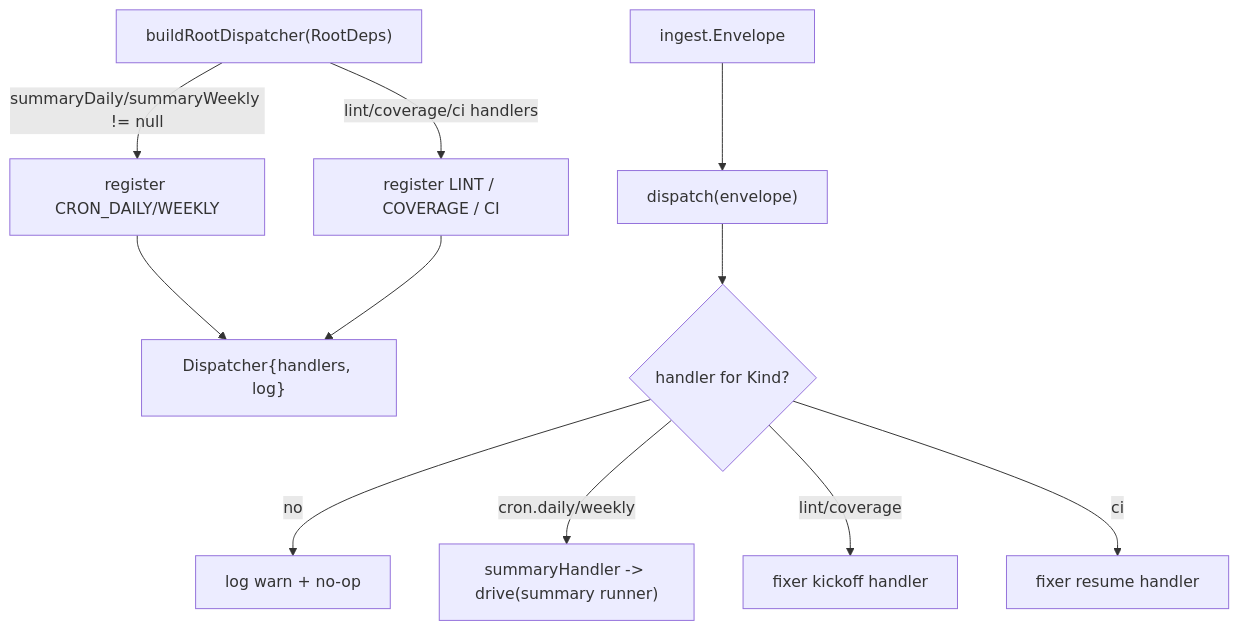
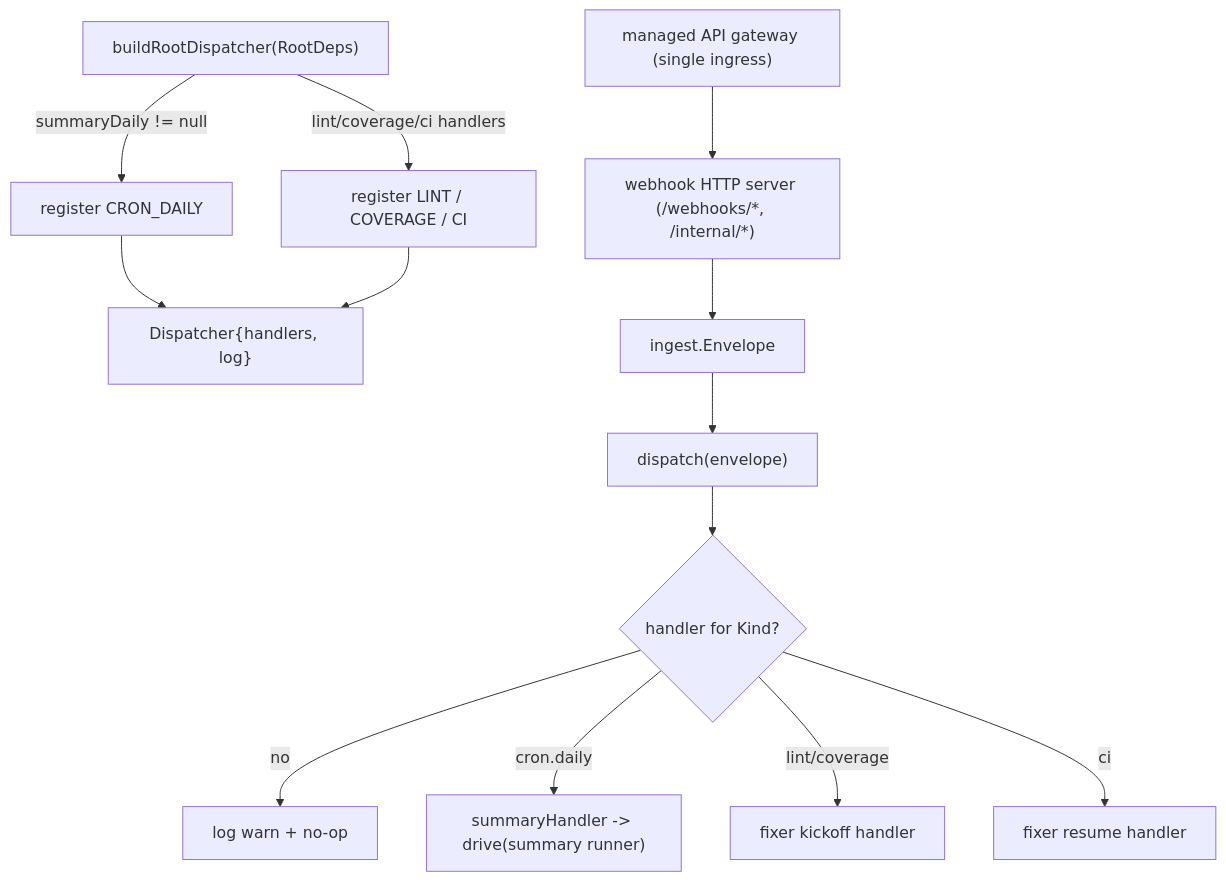
One commit to jkjamies/automation-agent changed the diagram in kotlin/src/main/kotlin/io/github/jkjamies/automationagent/agent/root/AGENTS.md. Above: the diagram before and after it, drawn with Mermaid. The commit also changed other lines of this file and 98 other files, not shown here.

First line of the commit message:
Drop in-process cron + weekly digest; Cloud Scheduler is the sole trigger (#7)

````diff
--- a/kotlin/src/main/kotlin/io/github/jkjamies/automationagent/agent/root/AGENTS.md
+++ b/kotlin/src/main/kotlin/io/github/jkjamies/automationagent/agent/root/AGENTS.md
@@ -7,13 +7,15 @@
 ```mermaid
 flowchart TD
-    Build["buildRootDispatcher(RootDeps)"] -->|"summaryDaily/summaryWeekly != null"| RegC["register CRON_DAILY/WEEKLY"]
+    Build["buildRootDispatcher(RootDeps)"] -->|"summaryDaily != null"| RegC["register CRON_DAILY"]
     Build -->|"lint/coverage/ci handlers"| RegL["register LINT / COVERAGE / CI"]
     RegC --> D["Dispatcher{handlers, log}"]
     RegL --> D
-    Env["ingest.Envelope"] --> Disp["dispatch(envelope)"]
+    GW["managed API gateway (single ingress)"] --> Ing["webhook HTTP server (/webhooks/*, /internal/*)"]
+    Ing --> Env["ingest.Envelope"]
+    Env --> Disp["dispatch(envelope)"]
     Disp --> M{"handler for Kind?"}
     M -->|no| Warn["log warn + no-op"]
-    M -->|"cron.daily/weekly"| Sum["summaryHandler -> drive(summary runner)"]
+    M -->|"cron.daily"| Sum["summaryHandler -> drive(summary runner)"]
     M -->|lint/coverage| LK["fixer kickoff handler"]
     M -->|ci| LR["fixer resume handler"]
 ```
````
